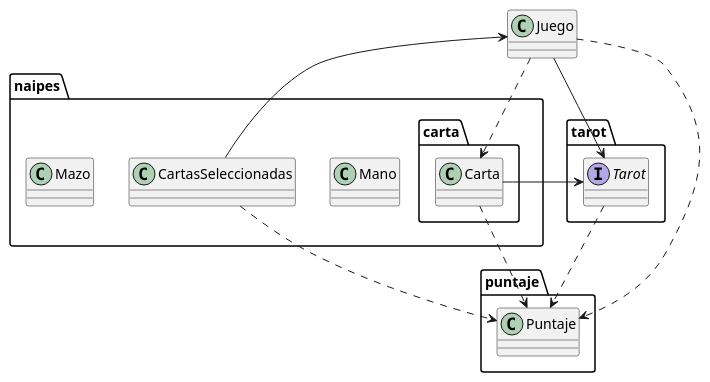
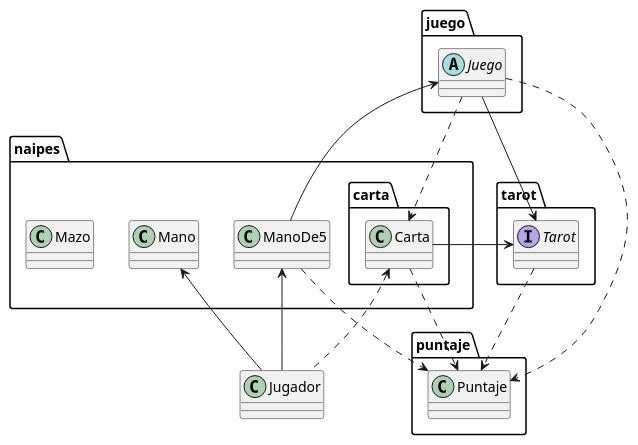
One commit to facukresta/g06-tp2-2c-2024 changed the diagram in diagrams/packages/paquete_modelo_dependencias.plantuml. Above: the diagram before and after it, drawn with PlantUML. The commit also changed 13 other files, not shown here.

```diff
--- a/diagrams/packages/paquete_modelo_dependencias.plantuml
+++ b/diagrams/packages/paquete_modelo_dependencias.plantuml
@@ -1,29 +1,37 @@
 @startuml
+
+
+package juego {
+        abstract class Juego
+}
 
 package puntaje {
         class Puntaje
 }
 
 package tarot {
         interface Tarot
 }
 
 package naipes {
         package carta {
             class Carta
         }
         class Mano
-        class CartasSeleccionadas
+        class ManoDe5
         class Mazo
 }
 
 Tarot ..> Puntaje
-CartasSeleccionadas --> Juego
-CartasSeleccionadas ..> Puntaje
+ManoDe5 --> Juego
+ManoDe5 ..> Puntaje
 Juego --> Tarot
 Juego ..> Puntaje
 Juego ..> Carta
 Carta ..> Puntaje
 Carta -right-> Tarot
+Jugador -up-> Mano
+Jugador -up-> ManoDe5
+Jugador .up.> Carta
 
 @enduml
```
